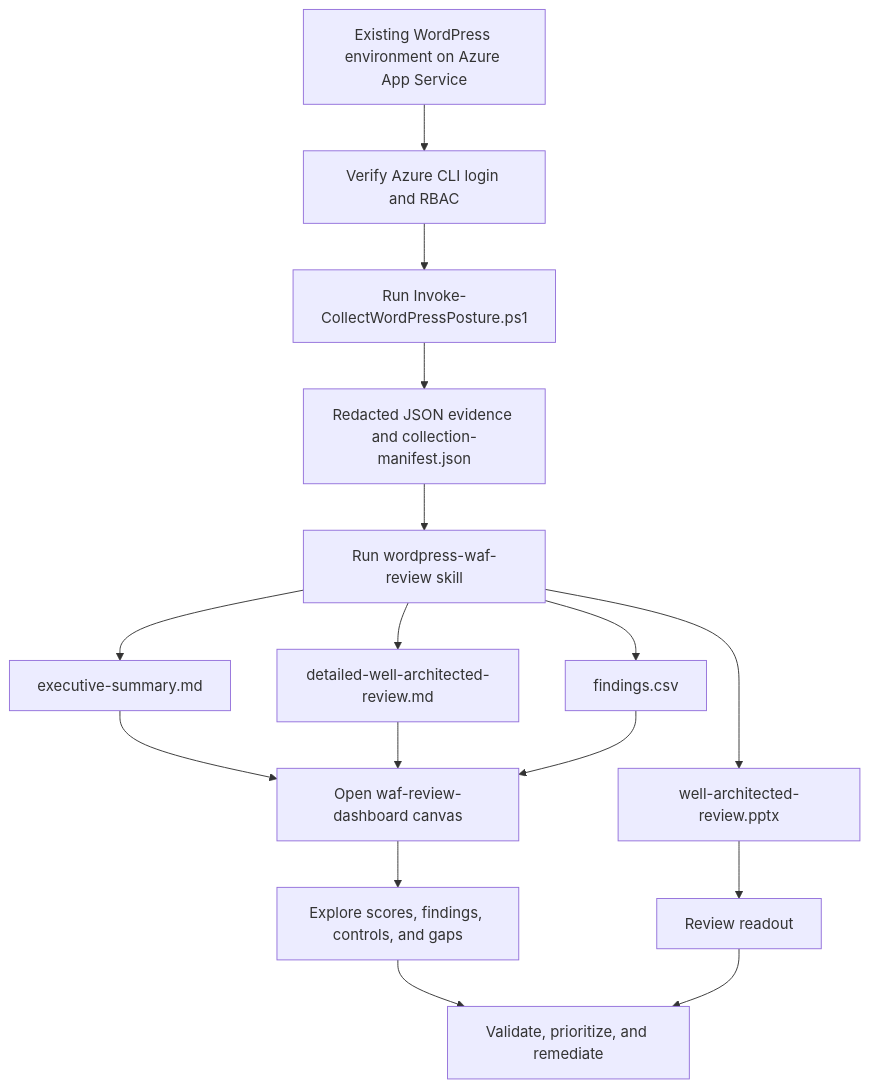
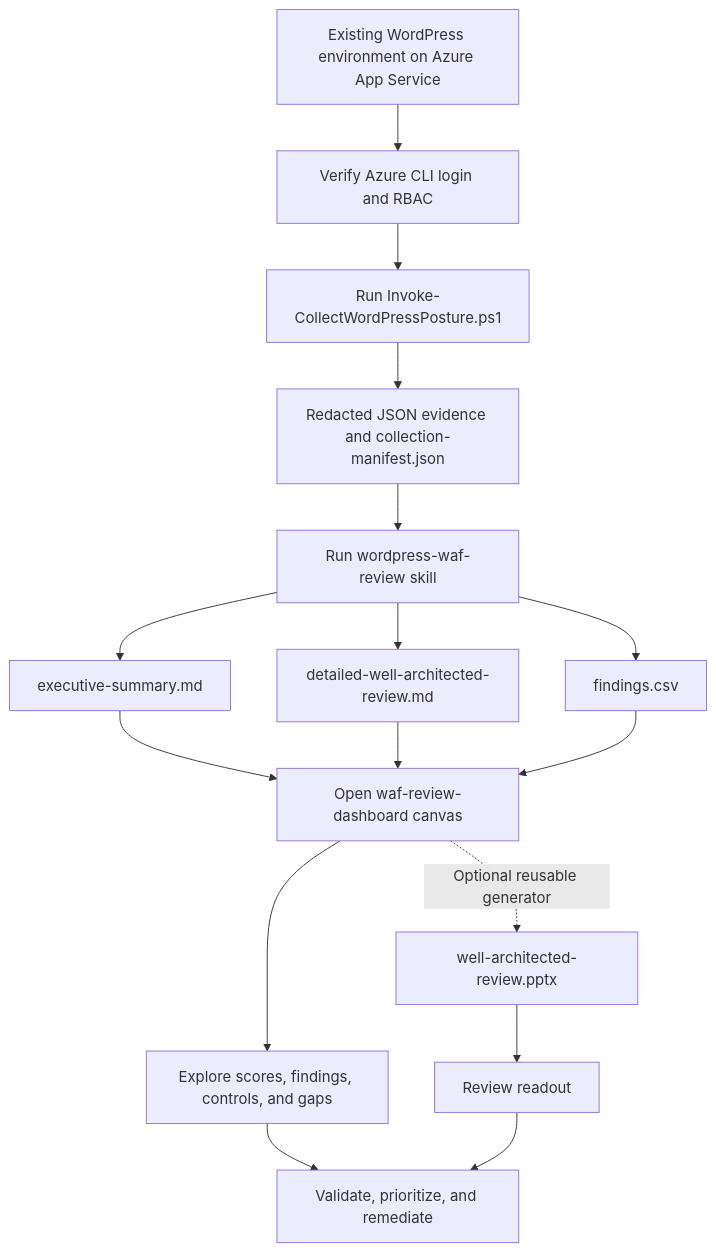
One commit to ahmedsza/AzureWPCanvas changed the diagram in README.md. Above: the diagram before and after it, drawn with Mermaid. The commit also changed other lines of this file and 22 other files, not shown here.

````diff
--- a/README.md
+++ b/README.md
@@ -45,18 +47,18 @@
 ```mermaid
 flowchart TD
   A[Existing WordPress environment on Azure App Service] --> B[Verify Azure CLI login and RBAC]
   B --> C[Run Invoke-CollectWordPressPosture.ps1]
   C --> D[Redacted JSON evidence and collection-manifest.json]
   D --> E[Run wordpress-waf-review skill]
   E --> F[executive-summary.md]
   E --> G[detailed-well-architected-review.md]
   E --> H[findings.csv]
-  E --> I[well-architected-review.pptx]
+  J -. Optional reusable generator .-> I[well-architected-review.pptx]
   F --> J[Open waf-review-dashboard canvas]
   G --> J
   H --> J
   J --> K[Explore scores, findings, controls, and gaps]
   I --> L[Review readout]
   K --> M[Validate, prioritize, and remediate]
   L --> M
 ```
````
